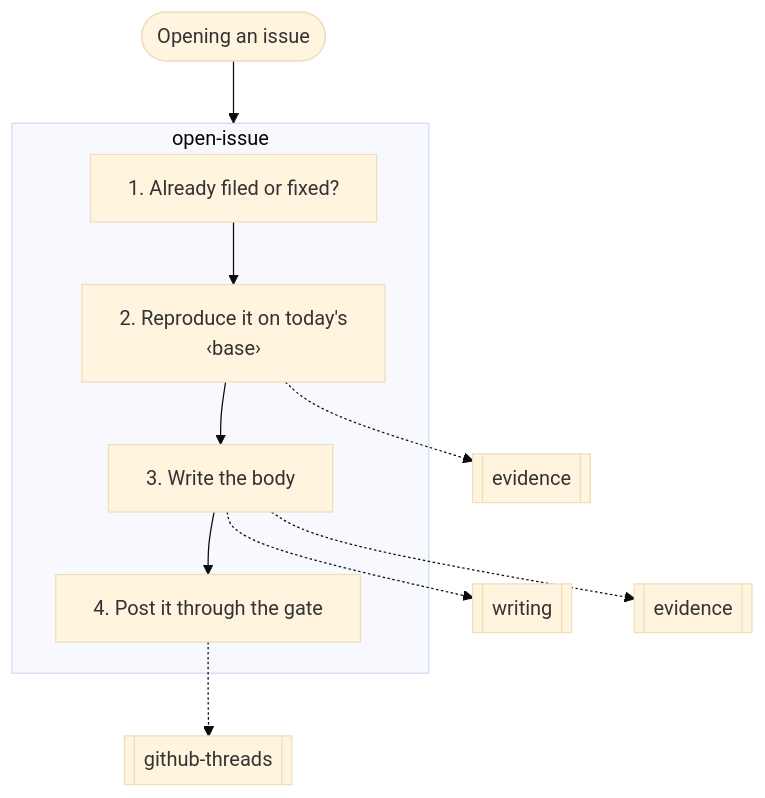
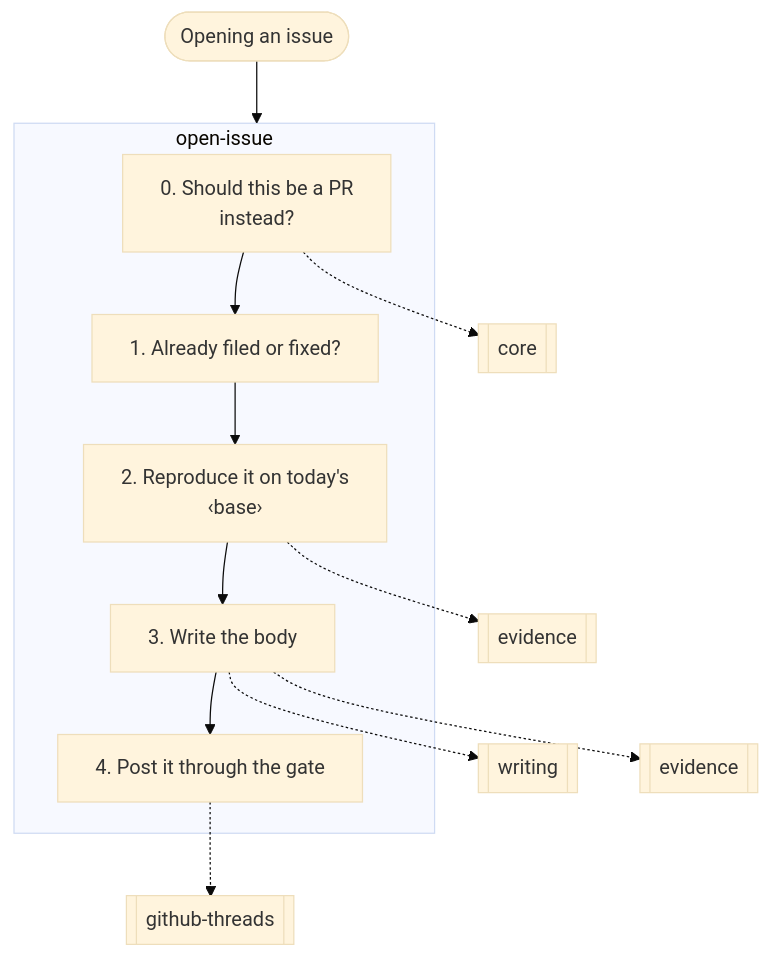
Before and after one commit to nitedani/mergeworthy: the eighth of 17 diagrams in docs/graphs.md, drawn with Mermaid (base theme). The commit also changed other lines of this file and 4 other files, not shown here.

Commit message:
Green CI: regenerate docs/graphs.md, and tests/all.sh runs every CI check before a push

````diff
--- a/docs/graphs.md
+++ b/docs/graphs.md
@@ -246,18 +251,21 @@
 ```mermaid
 flowchart TB
   start(["Opening an issue"])
   subgraph g0["open-issue"]
-    s0["1. Already filed or fixed?"]
-    s1["2. Reproduce it on today's<br/>‹base›"]
+    s0["0. Should this be a PR<br/>instead?"]
+    s1["1. Already filed or fixed?"]
     s0 --> s1
-    s2["3. Write the body"]
+    s2["2. Reproduce it on today's<br/>‹base›"]
     s1 --> s2
-    s3["4. Post it through the gate"]
+    s3["3. Write the body"]
     s2 --> s3
+    s4["4. Post it through the gate"]
+    s3 --> s4
   end
-  s1 -.-> r1[["evidence"]]
-  s2 -.-> r2[["writing"]]
-  s2 -.-> r3[["evidence"]]
-  s3 -.-> r4[["github-threads"]]
+  s0 -.-> r1[["core"]]
+  s2 -.-> r2[["evidence"]]
+  s3 -.-> r3[["writing"]]
+  s3 -.-> r4[["evidence"]]
+  s4 -.-> r5[["github-threads"]]
   start --> g0
 ```
````
